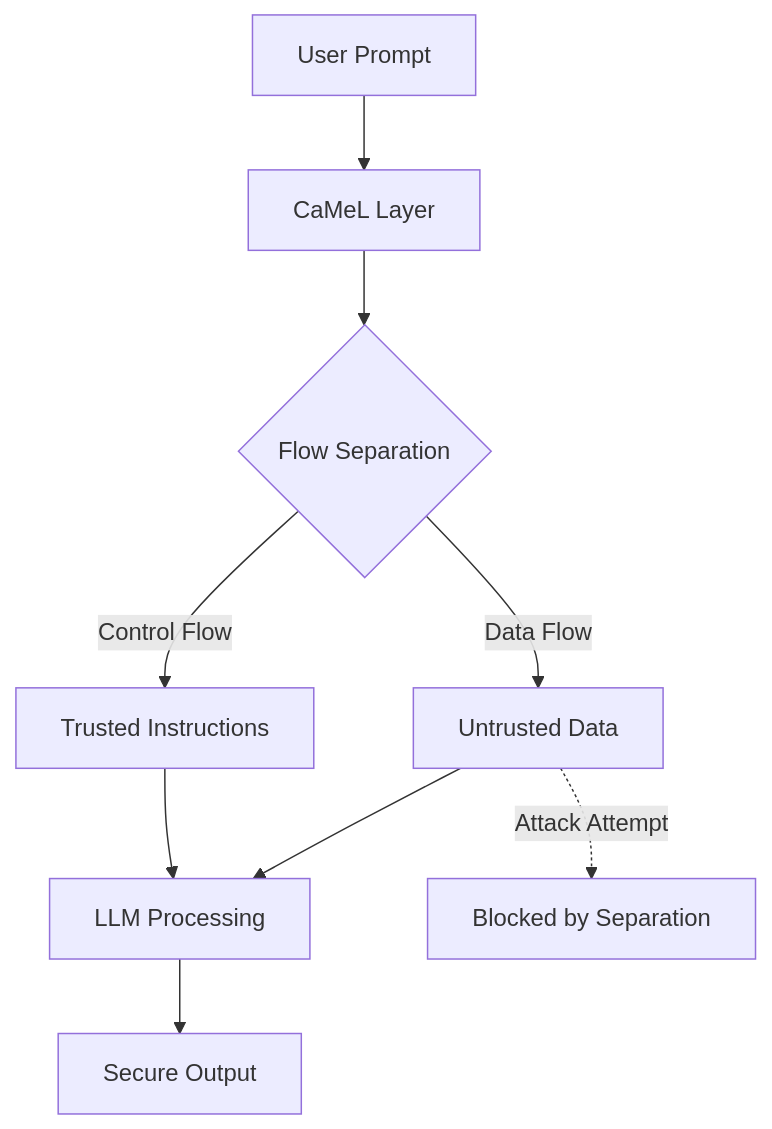
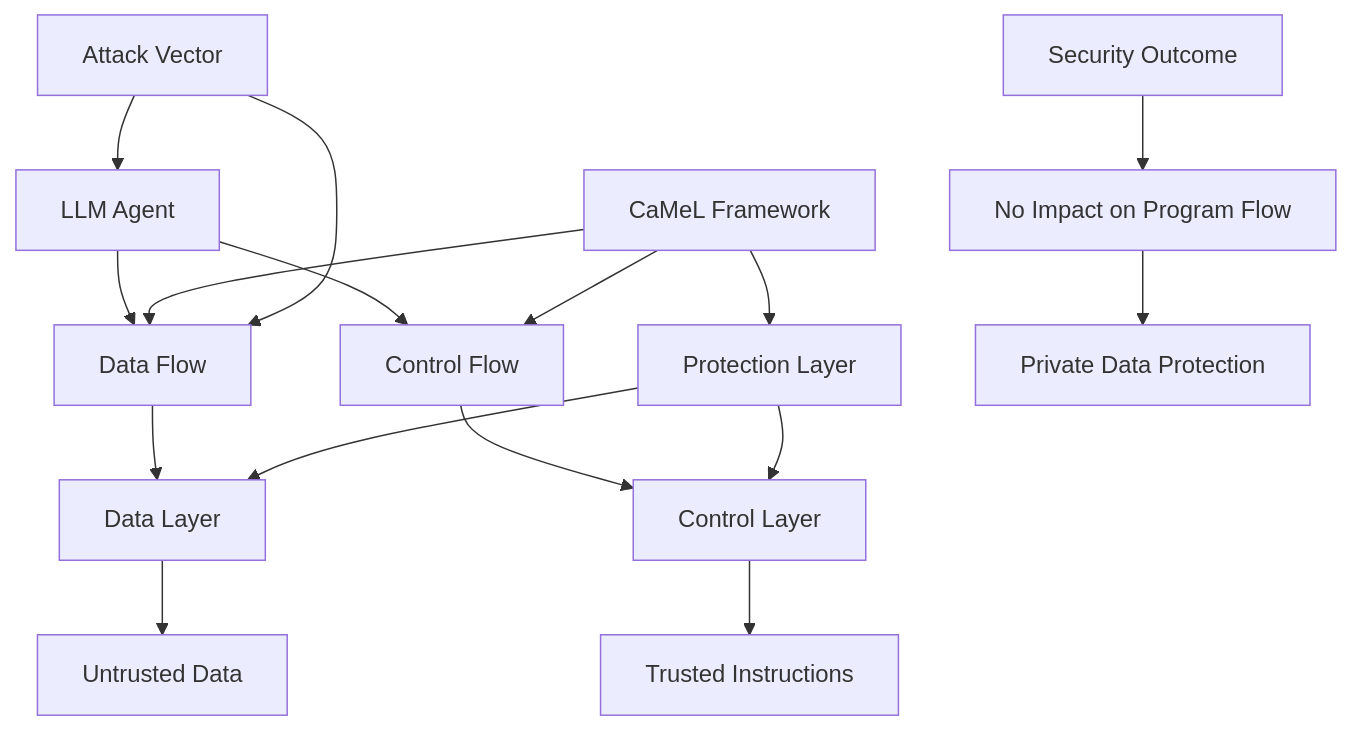
One commit to Adversarial-wolf/paper-summary-experiments changed the diagram in Diffusion-LLM-Papers/KnowledgeGraph/SatML2026-paper/satml-2026-notes/research/prompt-injection-design.md. Above: the diagram before and after it, drawn with Mermaid. The commit also changed other lines of this file and 18 other files, not shown here.

````diff
--- a/Diffusion-LLM-Papers/KnowledgeGraph/SatML2026-paper/satml-2026-notes/research/prompt-injection-design.md
+++ b/Diffusion-LLM-Papers/KnowledgeGraph/SatML2026-paper/satml-2026-notes/research/prompt-injection-design.md
@@ -7,11 +20,18 @@
 ```mermaid
 graph TD
-    A[User Prompt] --> B[CaMeL Layer]
-    B --> C{Flow Separation}
-    C -->|Control Flow| D[Trusted Instructions]
-    C -->|Data Flow| E[Untrusted Data]
-    D --> F[LLM Processing]
-    E --> F
-    F --> G[Secure Output]
-    E -.->|Attack Attempt| H[Blocked by Separation]
+    A[LLM Agent] --> B[Control Flow]
+    A --> C[Data Flow]
+    B --> D[Control Layer]
+    C --> E[Data Layer]
+    D --> F[Trusted Instructions]
+    E --> G[Untrusted Data]
+    H[CaMeL Framework] --> B
+    H --> C
+    H --> I[Protection Layer]
+    I --> D
+    I --> E
+    J[Attack Vector] --> C
+    J --> A
+    K[Security Outcome] --> L[No Impact on Program Flow]
+    L --> M[Private Data Protection]
 ```
````
